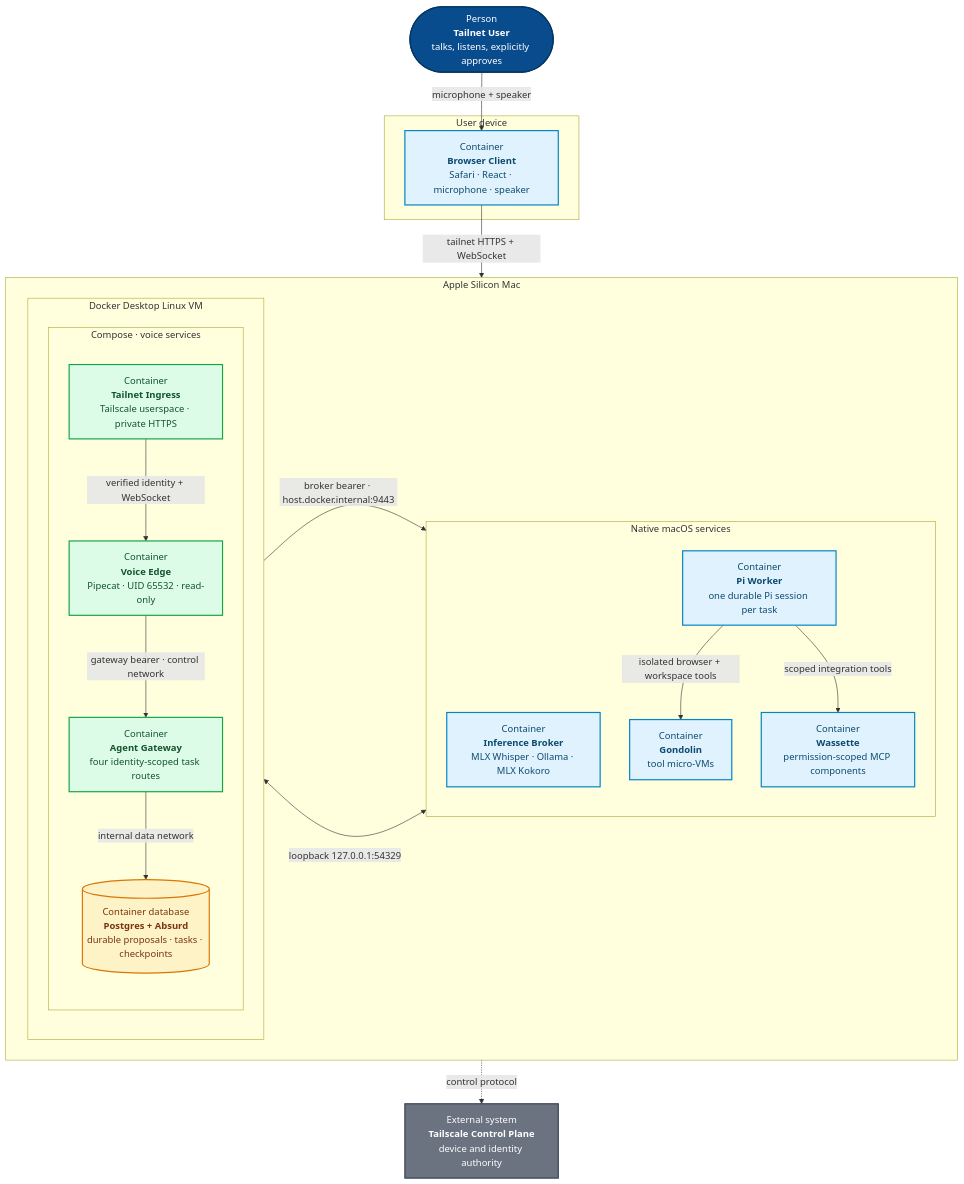
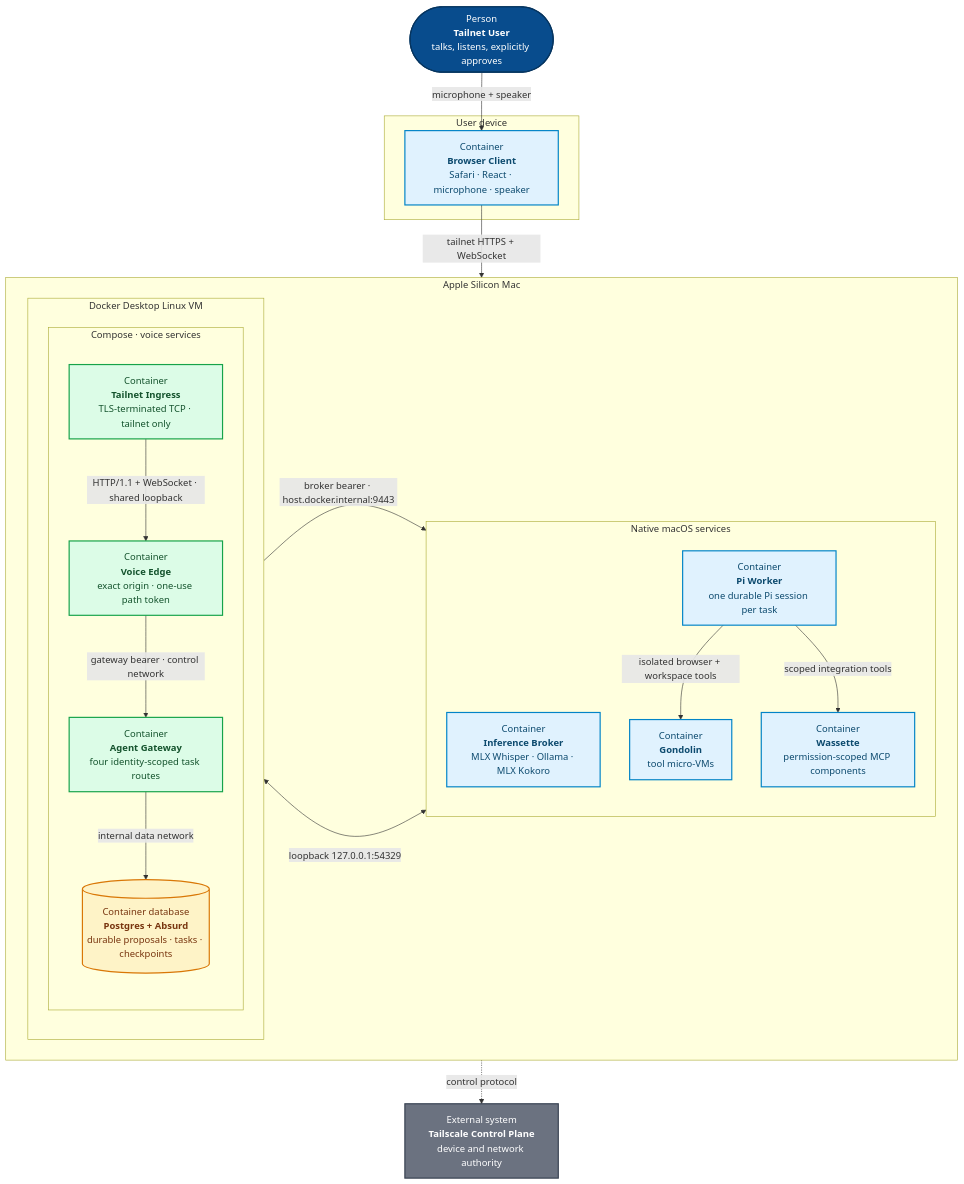
One commit to ragavsathish/agent-workload-platform changed the diagram in workloads/pipecat-mlx-voice/docs/architecture/deployment-security.mmd. Above: the diagram before and after it, drawn with Mermaid. The commit also changed 16 other files, not shown here.

Commit message:
work around Tailscale Safari WebSocket proxy

```diff
--- a/workloads/pipecat-mlx-voice/docs/architecture/deployment-security.mmd
+++ b/workloads/pipecat-mlx-voice/docs/architecture/deployment-security.mmd
@@ -1,53 +1,53 @@
 flowchart TB
     %% C4 deployment view: private voice ingress and isolated agent tools.
     USER(["Person<br/><b>Tailnet User</b><br/>talks, listens, explicitly approves"])
-    CONTROL["External system<br/><b>Tailscale Control Plane</b><br/>device and identity authority"]
+    CONTROL["External system<br/><b>Tailscale Control Plane</b><br/>device and network authority"]
 
     subgraph DEVICE["User device"]
         BROWSER["Container<br/><b>Browser Client</b><br/>Safari · React · microphone · speaker"]
     end
 
     subgraph MAC["Apple Silicon Mac"]
         direction LR
         subgraph DOCKER["Docker Desktop Linux VM"]
             direction TB
             subgraph COMPOSE["Compose · voice services"]
                 direction TB
-                INGRESS["Container<br/><b>Tailnet Ingress</b><br/>Tailscale userspace · private HTTPS"]
-                EDGE["Container<br/><b>Voice Edge</b><br/>Pipecat · UID 65532 · read-only"]
+                INGRESS["Container<br/><b>Tailnet Ingress</b><br/>TLS-terminated TCP · tailnet only"]
+                EDGE["Container<br/><b>Voice Edge</b><br/>exact origin · one-use path token"]
                 GATEWAY["Container<br/><b>Agent Gateway</b><br/>four identity-scoped task routes"]
                 DB[("Container database<br/><b>Postgres + Absurd</b><br/>durable proposals · tasks · checkpoints")]
-                INGRESS -->|"verified identity + WebSocket"| EDGE
+                INGRESS -->|"HTTP/1.1 + WebSocket · shared loopback"| EDGE
                 EDGE -->|"gateway bearer · control network"| GATEWAY
                 GATEWAY -->|"internal data network"| DB
             end
         end
 
         subgraph NATIVE["Native macOS services"]
             direction TB
             BROKER["Container<br/><b>Inference Broker</b><br/>MLX Whisper · Ollama · MLX Kokoro"]
             WORKER["Container<br/><b>Pi Worker</b><br/>one durable Pi session per task"]
             GONDOLIN["Container<br/><b>Gondolin</b><br/>tool micro-VMs"]
             WASSETTE["Container<br/><b>Wassette</b><br/>permission-scoped MCP components"]
             WORKER -->|"isolated browser + workspace tools"| GONDOLIN
             WORKER -->|"scoped integration tools"| WASSETTE
         end
 
         EDGE -->|"broker bearer · host.docker.internal:9443"| BROKER
         DB <-->|"loopback 127.0.0.1:54329"| WORKER
     end
 
     USER -->|"microphone + speaker"| BROWSER
     BROWSER -->|"tailnet HTTPS + WebSocket"| INGRESS
     INGRESS -.->|"control protocol"| CONTROL
 
     classDef person fill:#084c8d,color:#fff,stroke:#05345f,stroke-width:2px;
     classDef external fill:#6b7280,color:#fff,stroke:#374151,stroke-width:2px;
     classDef container fill:#e0f2fe,color:#0c4a6e,stroke:#0284c7,stroke-width:2px;
     classDef security fill:#dcfce7,color:#14532d,stroke:#16a34a,stroke-width:2px;
     classDef data fill:#fef3c7,color:#78350f,stroke:#d97706,stroke-width:2px;
     class USER person;
     class CONTROL external;
     class BROWSER,BROKER,WORKER,GONDOLIN,WASSETTE container;
     class INGRESS,EDGE,GATEWAY security;
     class DB data;
```
